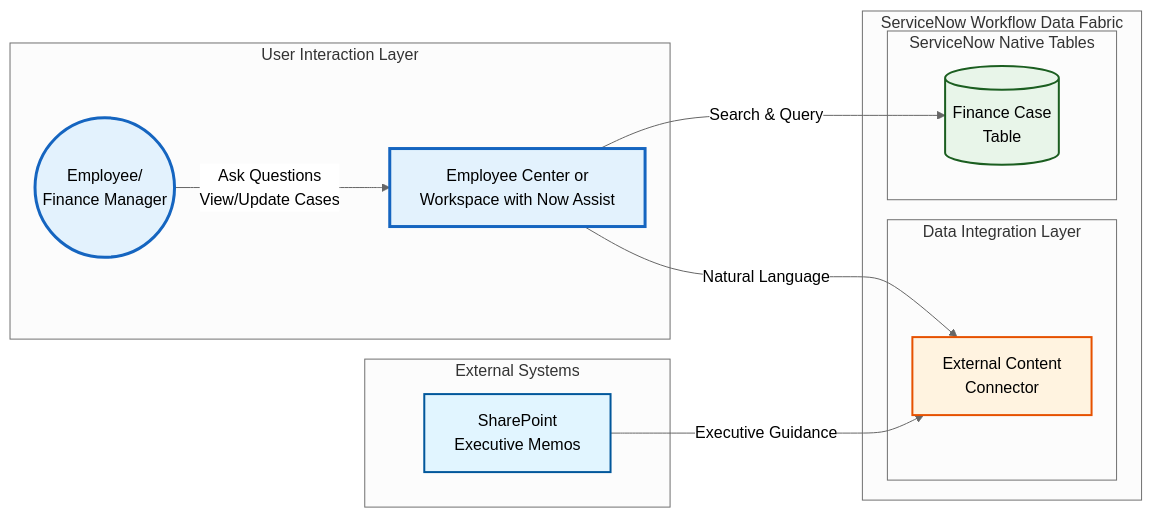
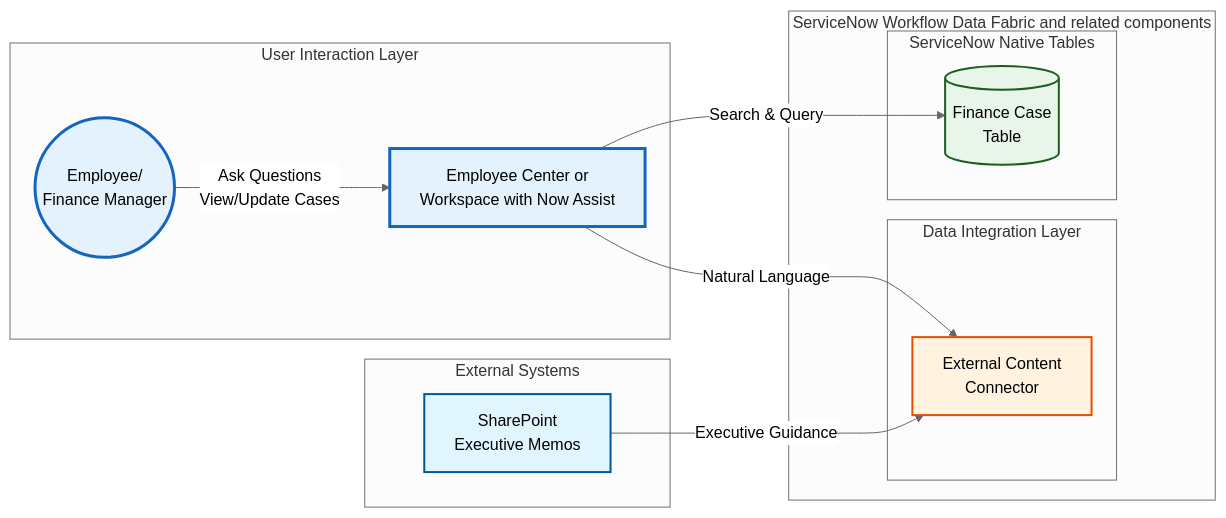
Before and after one commit to leojacinto/WorkflowDataFabric-TypeA: the diagram in 4_External_Content_Connector.md, drawn with Mermaid (neutral theme). The commit also changed 5 other files, not shown here.

````diff
--- a/4_External_Content_Connector.md
+++ b/4_External_Content_Connector.md
@@ -13,41 +13,41 @@
 ```mermaid
 graph LR
     subgraph "User Interaction Layer"
         Employee((Employee/<br/>Finance Manager))
         EC[Employee Center or<br/> Workspace with Now Assist]
     end
 
     subgraph "External Systems"
         SharePoint[SharePoint<br/>Executive Memos]
     end
 
-    subgraph "ServiceNow Workflow Data Fabric"
+    subgraph "ServiceNow Workflow Data Fabric and related components"
         subgraph "Data Integration Layer"
             ExtContent[External Content<br/>Connector]
         end
 
         subgraph "ServiceNow Native Tables"
             FinCase[(Finance Case<br/>Table)]
         end
     end
 
     %% Data Flow Connections
     SharePoint -->|Executive Guidance| ExtContent
 
     %% User Interaction Connections
     Employee -->|Ask Questions<br/>View/Update Cases| EC
     EC -->|Search & Query| FinCase
     EC -->|Natural Language| ExtContent
 
     %% Styling
     classDef external fill:#e1f5ff,stroke:#01579b,stroke-width:2px
     classDef integration fill:#fff3e0,stroke:#e65100,stroke-width:2px
     classDef native fill:#e8f5e9,stroke:#1b5e20,stroke-width:2px
     classDef ai fill:#fff9c4,stroke:#f57f17,stroke-width:2px
     classDef user fill:#e3f2fd,stroke:#1565c0,stroke-width:3px
 
     class SharePoint external
     class ExtContent integration
     class FinCase native
     class Employee,EC user
 ```
````
